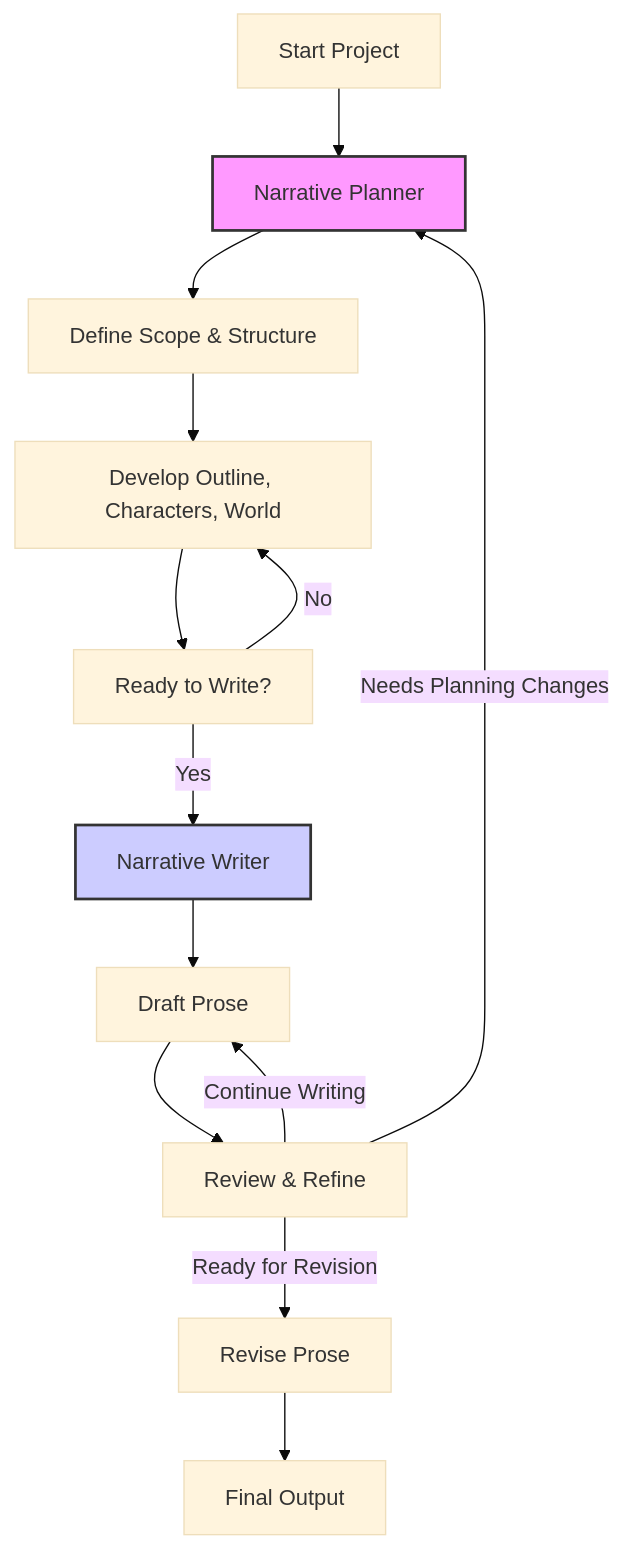
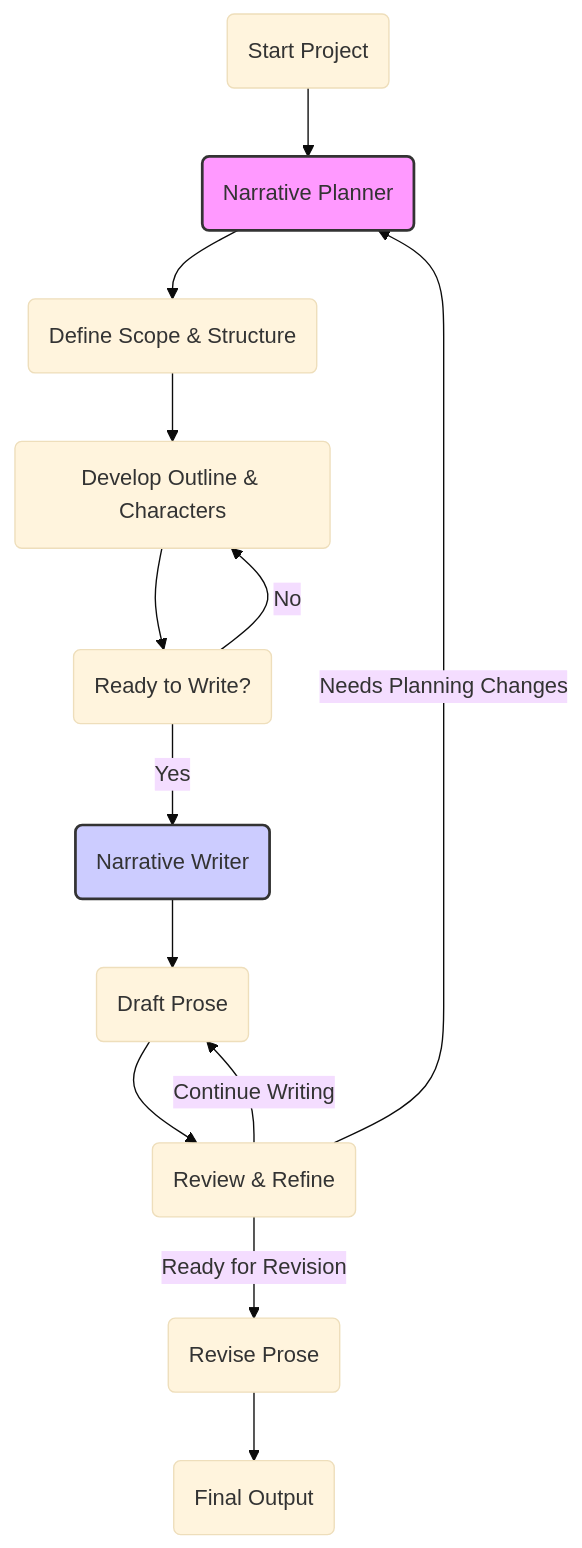
One commit to gavinmorrison/roo-fiction changed the diagram in README.md. Above: the diagram before and after it, drawn with Mermaid (base theme).

Commit message:
Update workflow diagram in README to enhance clarity and styling

````diff
--- a/README.md
+++ b/README.md
@@ -148,20 +148,20 @@
 ```mermaid
 flowchart TD
-    A["Start Project"] --> B["Narrative Planner"]
-    B --> C["Define Scope & Structure"]
-    C --> D["Develop Outline, Characters, World"]
-    D --> E["Ready to Write?"]
-    E -- "Yes" --> F["Narrative Writer"]
-    F --> G["Draft Prose"]
-    G --> H["Review & Refine"]
-    H -- "Needs Planning Changes" --> B
-    H -- "Continue Writing" --> G
-    H -- "Ready for Revision" --> I["Revise Prose"]
-    I --> J["Final Output"]
-    E -- "No" --> D
+    A("Start Project") --> B("Narrative Planner")
+    B --> C("Define Scope & Structure")
+    C --> D("Develop Outline & Characters")
+    D --> E("Ready to Write?")
+    E -->|Yes| F("Narrative Writer")
+    F --> G("Draft Prose")
+    G --> H("Review & Refine")
+    H -->|Needs Planning Changes| B
+    H -->|Continue Writing| G
+    H -->|Ready for Revision| I("Revise Prose")
+    I --> J("Final Output")
+    E -->|No| D
     
     classDef planner fill:#f9f,stroke:#333,stroke-width:2px
     classDef writer fill:#ccf,stroke:#333,stroke-width:2px
     class B planner
     class F writer
 ```
````
